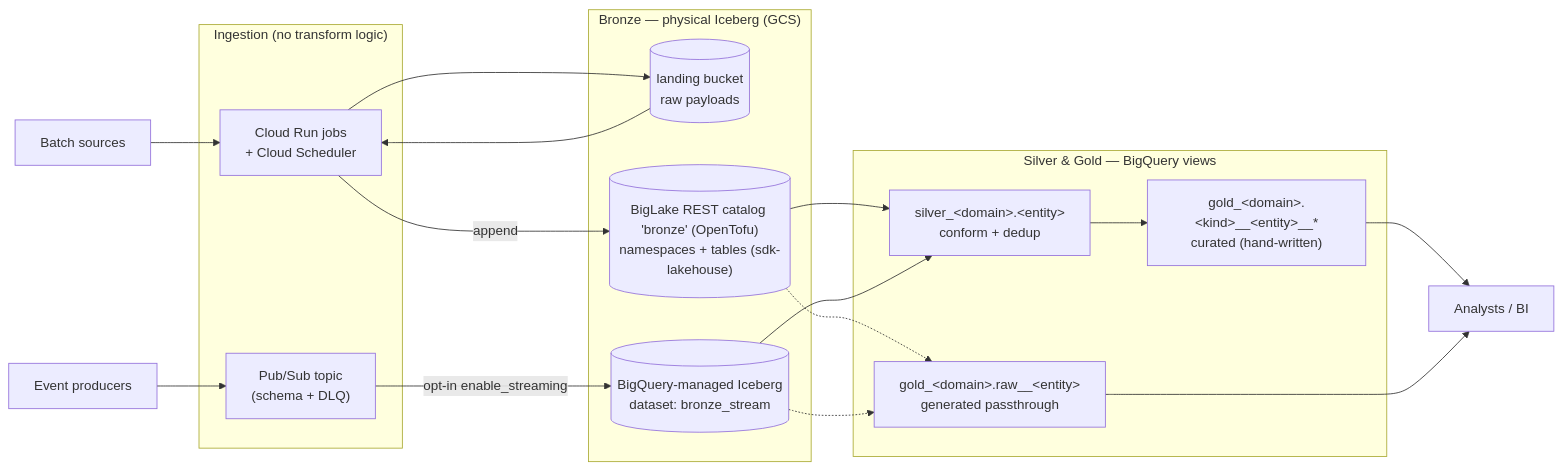
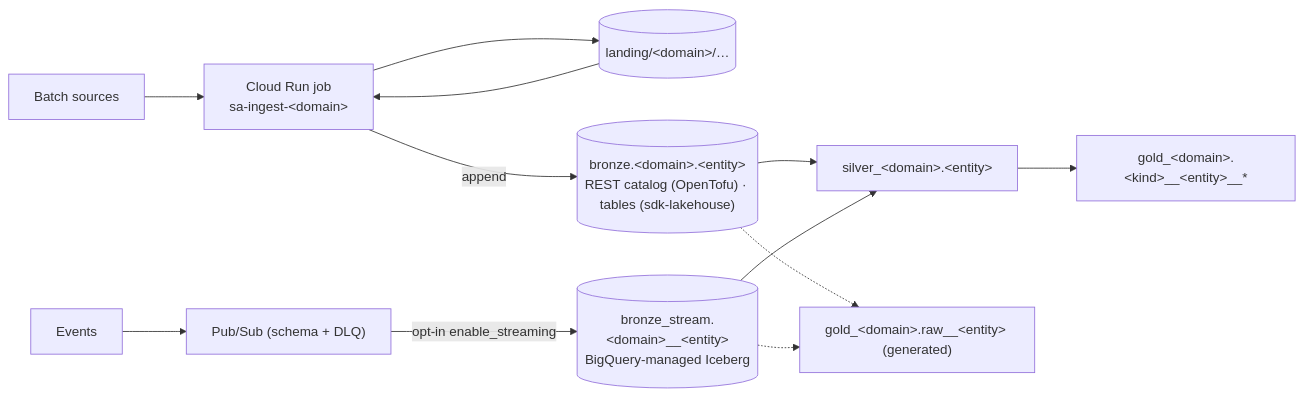
Before and after one commit to x-ruiz/playground-cloud-engineering: the second of 2 diagrams in platform_unified_data_gcp/specs/05_data_lakehouse_architecture.md, drawn with Mermaid. The commit also changed other lines of this file, not shown here.

````diff
--- a/platform_unified_data_gcp/specs/05_data_lakehouse_architecture.md
+++ b/platform_unified_data_gcp/specs/05_data_lakehouse_architecture.md
@@ -28,27 +55,11 @@
 ```mermaid
 flowchart LR
-    subgraph Ingest["Ingestion (no transform logic)"]
-        CRJ["Cloud Run jobs<br/>+ Cloud Scheduler"]
-        PS["Pub/Sub topic<br/>(schema + DLQ)"]
-    end
-    subgraph Bronze["Bronze — physical Iceberg (GCS)"]
-        LAND[("landing bucket<br/>raw payloads")]
-        BRZ[("BigLake REST catalog 'bronze' (OpenTofu)<br/>namespaces + tables (sdk-lakehouse)")]
-        BRS[("BigQuery-managed Iceberg<br/>dataset: bronze_stream")]
-    end
-    subgraph Serve["Silver & Gold — BigQuery views"]
-        SIL["silver_&lt;domain&gt;.&lt;entity&gt;<br/>conform + dedup"]
-        CUR["gold_&lt;domain&gt;.&lt;kind&gt;__&lt;entity&gt;__*<br/>curated (hand-written)"]
-        RAW["gold_&lt;domain&gt;.raw__&lt;entity&gt;<br/>generated passthrough"]
-    end
-    SRC["Batch sources"] --> CRJ --> LAND --> CRJ
-    CRJ -->|append| BRZ
-    EVT["Event producers"] --> PS -->|"opt-in enable_streaming"| BRS
-    BRZ --> SIL
+    SRC["Batch sources"] --> CRJ["Cloud Run job<br/>sa-ingest-&lt;domain&gt;"] --> LAND[("landing/&lt;domain&gt;/…")] --> CRJ
+    CRJ -->|append| BRZ[("bronze.&lt;domain&gt;.&lt;entity&gt;<br/>REST catalog (OpenTofu) · tables (sdk-lakehouse)")]
+    EVT["Events"] --> PS["Pub/Sub (schema + DLQ)"] -->|"opt-in enable_streaming"| BRS[("bronze_stream.&lt;domain&gt;__&lt;entity&gt;<br/>BigQuery-managed Iceberg")]
+    BRZ --> SIL["silver_&lt;domain&gt;.&lt;entity&gt;"]
     BRS --> SIL
-    SIL --> CUR
-    BRZ -.-> RAW
+    SIL --> CUR["gold_&lt;domain&gt;.&lt;kind&gt;__&lt;entity&gt;__*"]
+    BRZ -.-> RAW["gold_&lt;domain&gt;.raw__&lt;entity&gt; (generated)"]
     BRS -.-> RAW
-    CUR --> BI["Analysts / BI"]
-    RAW --> BI
 ```
````
